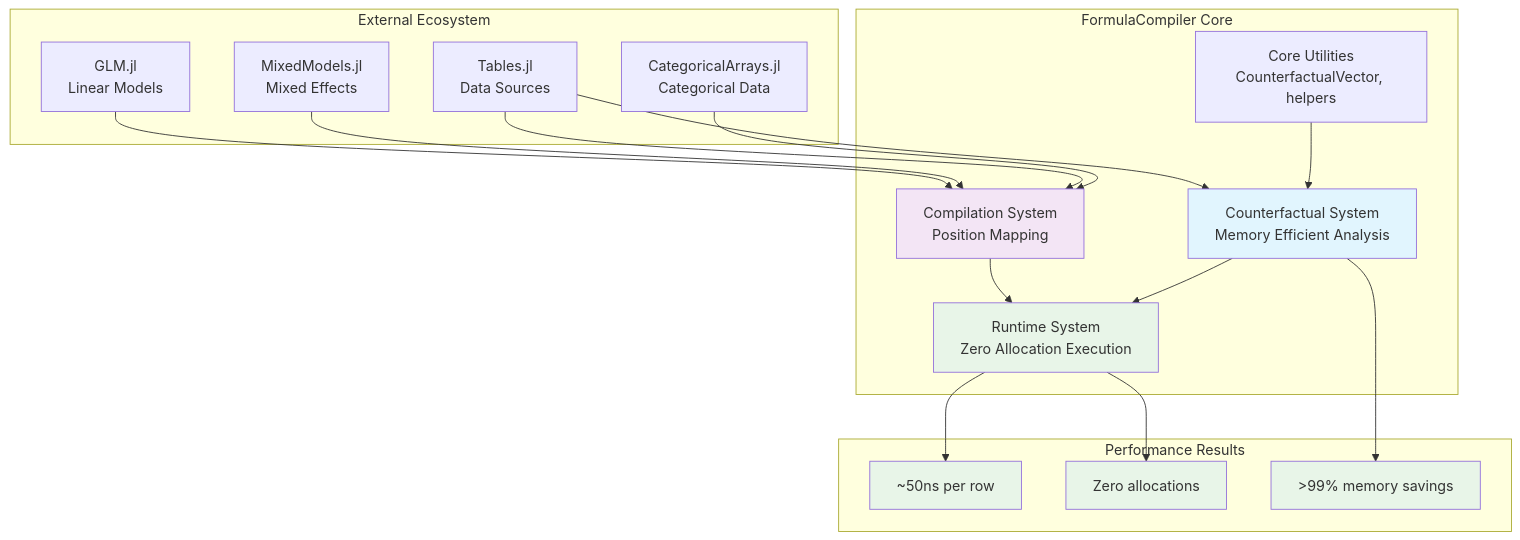
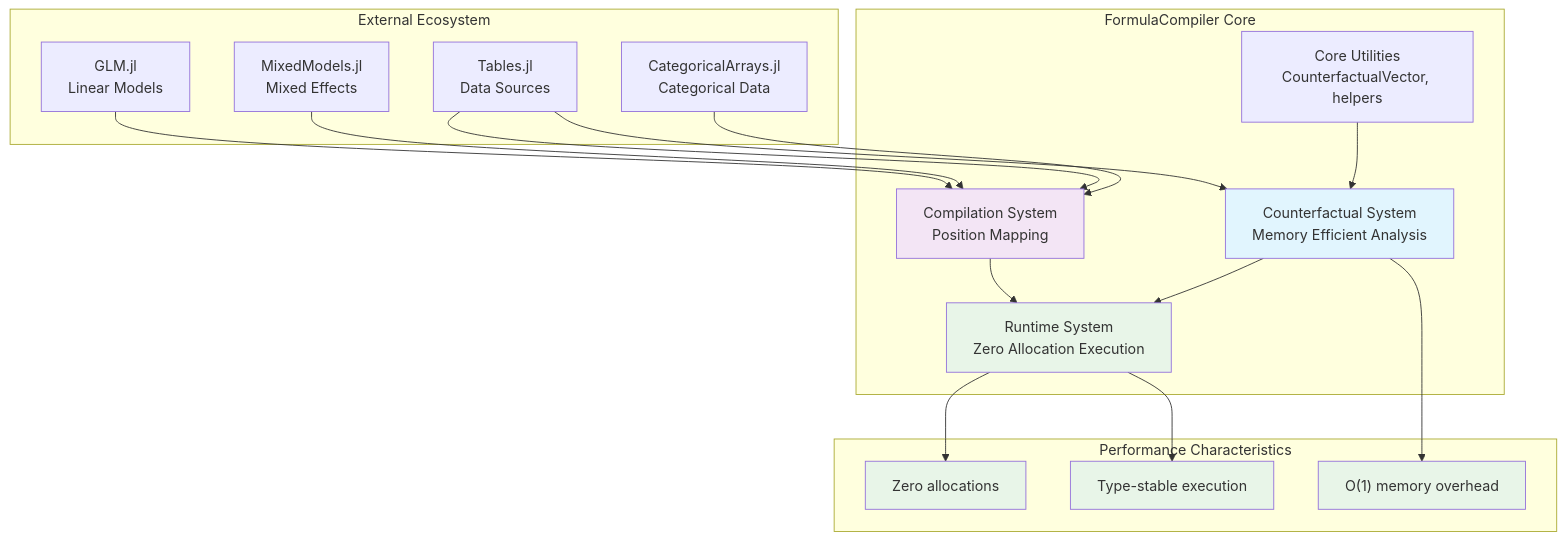
The diagram in docs/diagrams/system_architecture.mmd (emfeltham/FormulaCompiler.jl), drawn with Mermaid before and after one commit. The commit also changed 5 other files, not shown here.

Commit message:
docs: update diagrams

```diff
--- a/docs/diagrams/system_architecture.mmd
+++ b/docs/diagrams/system_architecture.mmd
@@ -1,40 +1,40 @@
 graph TB
     subgraph "External Ecosystem"
         GLM["GLM.jl<br>Linear Models"]
         MM["MixedModels.jl<br>Mixed Effects"]
         Data["Tables.jl<br>Data Sources"]
         Cat["CategoricalArrays.jl<br>Categorical Data"]
     end
     
     subgraph "FormulaCompiler Core"
         Comp["Compilation System<br>Position Mapping"]
         Exec["Runtime System<br>Zero Allocation Execution"]
         Scen["Counterfactual System<br>Memory Efficient Analysis"]
         Utils["Core Utilities<br>CounterfactualVector, helpers"]
     end
     
-    subgraph "Performance Results"
-        Perf1["~50ns per row"]
-        Perf2["Zero allocations"] 
-        Perf3[">99% memory savings"]
+    subgraph "Performance Characteristics"
+        Perf1["Zero allocations"]
+        Perf2["O(1) memory overhead"]
+        Perf3["Type-stable execution"]
     end
     
     GLM --> Comp
     MM --> Comp
     Data --> Comp
     Cat --> Comp
     Comp --> Exec
     Data --> Scen
     Utils --> Scen
     Scen --> Exec
     
     Exec --> Perf1
-    Exec --> Perf2
-    Scen --> Perf3
-    
+    Exec --> Perf3
+    Scen --> Perf2
+
     style Comp fill:#f3e5f5
-    style Exec fill:#e8f5e8  
+    style Exec fill:#e8f5e8
     style Scen fill:#e1f5fe
     style Perf1 fill:#e8f5e8
     style Perf2 fill:#e8f5e8
     style Perf3 fill:#e8f5e8
```
